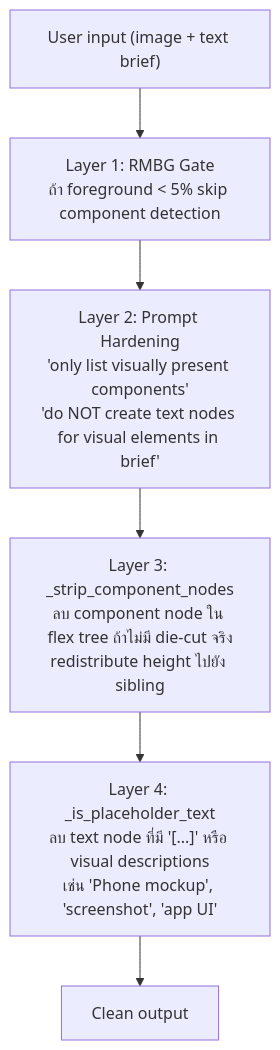
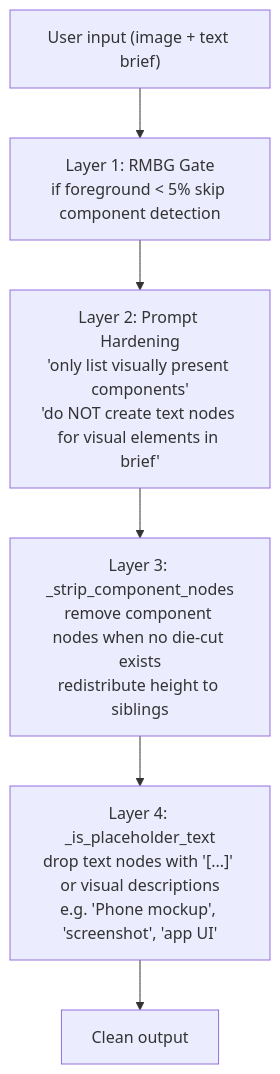
The sixth of 7 diagrams in architecture.md (Chulinuwu/gen-image-layer-separator), drawn with Mermaid before and after one commit. The commit also changed other lines of this file, not shown here.

Commit message:
refactor: translate architecture documentation to English and improve clarity

````diff
--- a/architecture.md
+++ b/architecture.md
@@ -536,8 +534,8 @@
 ```mermaid
 graph TB
   Input["User input (image + text brief)"] --> L1
-  L1["Layer 1: RMBG Gate<br/>ถ้า foreground &lt; 5% skip component detection"] --> L2
+  L1["Layer 1: RMBG Gate<br/>if foreground &lt; 5% skip component detection"] --> L2
   L2["Layer 2: Prompt Hardening<br/>'only list visually present components'<br/>'do NOT create text nodes for visual elements in brief'"] --> L3
-  L3["Layer 3: _strip_component_nodes<br/>ลบ component node ใน flex tree ถ้าไม่มี die-cut จริง<br/>redistribute height ไปยัง sibling"] --> L4
-  L4["Layer 4: _is_placeholder_text<br/>ลบ text node ที่มี '[...]' หรือ visual descriptions<br/>เช่น 'Phone mockup', 'screenshot', 'app UI'"] --> Safe["Clean output"]
+  L3["Layer 3: _strip_component_nodes<br/>remove component nodes when no die-cut exists<br/>redistribute height to siblings"] --> L4
+  L4["Layer 4: _is_placeholder_text<br/>drop text nodes with '[...]' or visual descriptions<br/>e.g. 'Phone mockup', 'screenshot', 'app UI'"] --> Safe["Clean output"]
 ```
````
